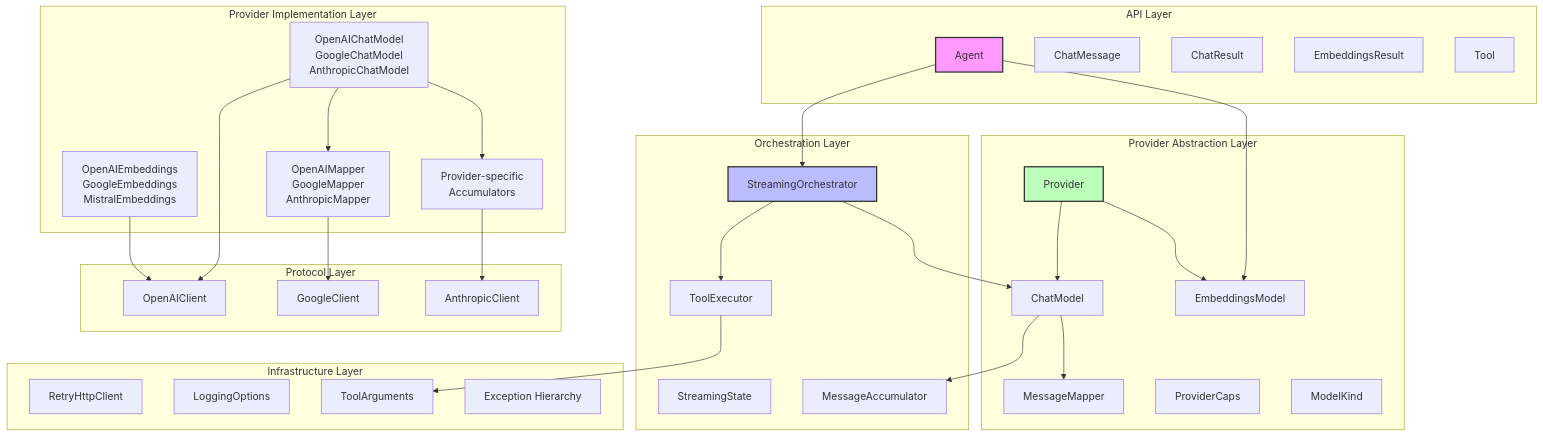
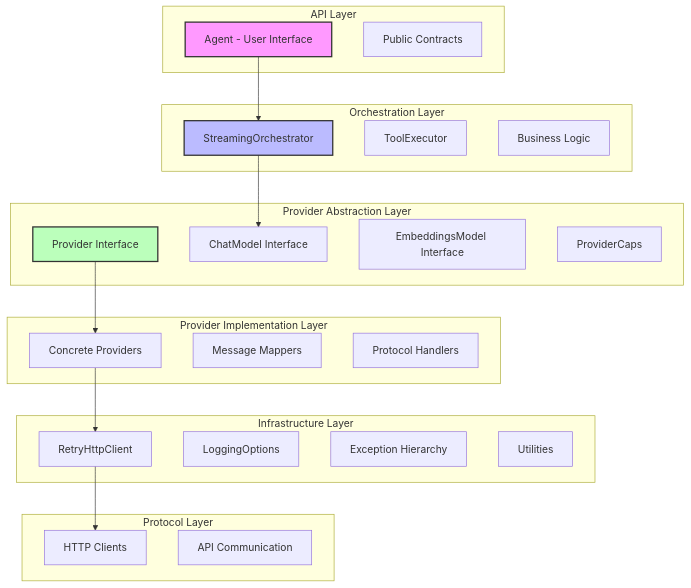
Before and after one commit to csells/langchain_dart: the first of 5 diagrams in packages/langchain_compat/specs/ARCHITECTURE_OVERVIEW.md, drawn with Mermaid. The commit also changed other lines of this file and 13 other files, not shown here.

````diff
--- a/packages/langchain_compat/specs/ARCHITECTURE_OVERVIEW.md
+++ b/packages/langchain_compat/specs/ARCHITECTURE_OVERVIEW.md
@@ -200,66 +20,48 @@
 ```mermaid
 graph TB
     subgraph "API Layer"
-        A1[Agent]
-        A2[ChatMessage]
-        A3[ChatResult]
-        A4[EmbeddingsResult]
-        A5[Tool]
+        A1[Agent - User Interface]
+        A2[Public Contracts]
     end
     
     subgraph "Orchestration Layer"
         O1[StreamingOrchestrator]
         O2[ToolExecutor]
-        O3[StreamingState]
-        O4[MessageAccumulator]
+        O3[Business Logic]
     end
     
     subgraph "Provider Abstraction Layer"
-        P1[Provider]
-        P2[ChatModel]
-        P3[EmbeddingsModel]
-        P4[MessageMapper]
-        P5[ProviderCaps]
-        P6[ModelKind]
+        P1[Provider Interface]
+        P2[ChatModel Interface]
+        P3[EmbeddingsModel Interface]
+        P4[ProviderCaps]
     end
     
     subgraph "Provider Implementation Layer"
-        I1[OpenAIChatModel<br/>GoogleChatModel<br/>AnthropicChatModel]
-        I2[OpenAIEmbeddings<br/>GoogleEmbeddings<br/>MistralEmbeddings]
-        I3[OpenAIMapper<br/>GoogleMapper<br/>AnthropicMapper]
-        I4[Provider-specific<br/>Accumulators]
+        I1[Concrete Providers]
+        I2[Message Mappers]
+        I3[Protocol Handlers]
     end
     
     subgraph "Infrastructure Layer"
         F1[RetryHttpClient]
         F2[LoggingOptions]
-        F3[ToolArguments]
-        F4[Exception Hierarchy]
+        F3[Exception Hierarchy]
+        F4[Utilities]
     end
     
     subgraph "Protocol Layer"
-        PR1[OpenAIClient]
-        PR2[GoogleClient]
-        PR3[AnthropicClient]
+        PR1[HTTP Clients]
+        PR2[API Communication]
     end
     
     A1 --> O1
-    A1 --> P3
-    O1 --> O2
     O1 --> P2
-    O2 --> F3
-    P1 --> P2
-    P1 --> P3
-    P2 --> P4
-    P2 --> O4
-    I1 --> I3
-    I1 --> I4
-    I1 --> PR1
-    I2 --> PR1
-    I3 --> PR2
-    I4 --> PR3
+    P1 --> I1
+    I1 --> F1
+    F1 --> PR1
     
     style A1 fill:#f9f,stroke:#333,stroke-width:2px
     style O1 fill:#bbf,stroke:#333,stroke-width:2px
     style P1 fill:#bfb,stroke:#333,stroke-width:2px
 ```
````
